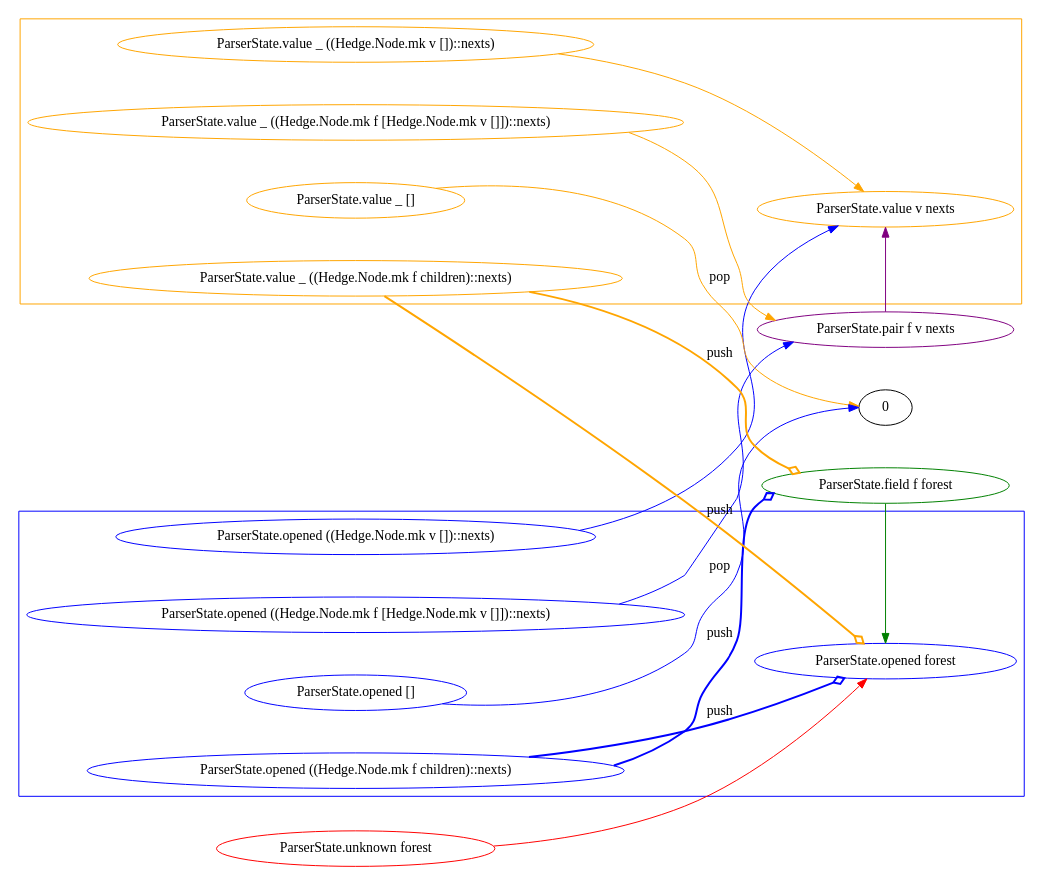
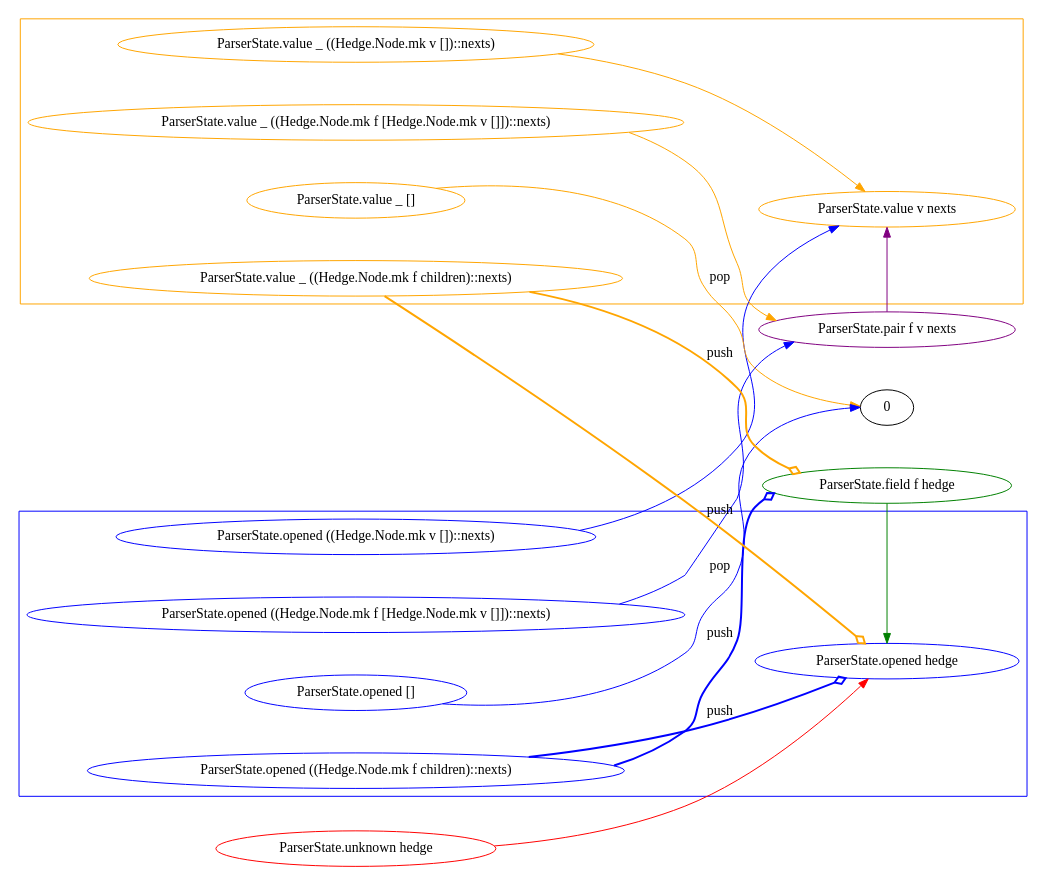
The diagram in Validator/Parser/TreeParser.dot (katydid/validator-lean), drawn with Graphviz before and after one commit. The commit also changed 19 other files, not shown here.

Commit message:
add examples and rename forest to hedge

```diff
--- a/Validator/Parser/TreeParser.dot
+++ b/Validator/Parser/TreeParser.dot
@@ -1,84 +1,84 @@
 // Visualizes the state changes for the ParserState of TreeParser.lean.
 
 digraph {
     rankdir = "LR"
     nodesep=0.6;
 
     // ParserState.opened ((Hedge.Node.mk v [])::nexts) > ParserState.value v nexts
     opened_value [label = "ParserState.opened ((Hedge.Node.mk v [])::nexts)" color="blue"]
     opened_value -> value [color="blue"]
 
     // ParserState.value _ ((Hedge.Node.mk f [Hedge.Node.mk v []])::nexts) > ParserState.pair f v nexts
     value_pair [label = "ParserState.value _ ((Hedge.Node.mk f [Hedge.Node.mk v []])::nexts)" color="orange"]
     pair [label = "ParserState.pair f v nexts" color="purple"]
     value_pair -> pair [color="orange"]
 
     // ParserState.opened ((Hedge.Node.mk f [Hedge.Node.mk v []])::nexts) > ParserState.pair f v nexts
     opened_pair [label = "ParserState.opened ((Hedge.Node.mk f [Hedge.Node.mk v []])::nexts)" color="blue"]
     opened_pair -> pair [color="blue"]
 
     // ParserState.pair _ v nexts > ParserState.value v nexts
     pair -> value [color="purple"]
 
     // ParserState.field _ children > ParserState.opened children
-    field [label = "ParserState.field f forest" color="green"]
+    field [label = "ParserState.field f hedge" color="green"]
     field -> opened [color="green"]
 
     // x + ParserState.value _ [] > x
     value_empty [label = "ParserState.value _ []" color="orange"]
     zero [label = "0" rank="min"]
     value_empty -> zero [label = "pop" color="orange"]
 
     // x + ParserState.opened [] > x
     opened_empty [label = "ParserState.opened []" color="blue"]
     opened_empty -> zero [label = "pop" color="blue"]
 
     // children ≠ []
     // children ≠ [Hedge.Node.mk v []]
     // ParserState.opened ((Hedge.Node.mk f children)::nexts) > ParserState.opened nexts + ParserState.field f children
     opened_other [label = "ParserState.opened ((Hedge.Node.mk f children)::nexts)" color="blue"]
     opened_other -> opened [arrowhead = "odiamond" label="push" style="bold" color="blue"]
     opened_other -> field [arrowhead = "odiamond" label="push" style="bold" color="blue"]
     // ParserState.value _ ((Hedge.Node.mk f children)::nexts) > ParserState.opened nexts + ParserState.field f children
     value_other [label = "ParserState.value _ ((Hedge.Node.mk f children)::nexts)" color="orange"]
     value_other -> opened [arrowhead = "odiamond" label="push" style="bold" color="orange"]
     value_other -> field [arrowhead = "odiamond" label="push" style="bold" color="orange"]
 
     // value -> value_empty [ arrowhead = none ]
     // value -> value_value [ arrowhead = none ]
     // value -> value_pair [ arrowhead = none ]
     // value -> value_other [ arrowhead = none ]
 
     subgraph cluster_value {
         color="orange"
         value
         value_empty
         value_value
         value_pair
         value_other
     }
 
     // opened -> opened_empty [ arrowhead = none ]
     // opened -> opened_value [ arrowhead = none ]
     // opened -> opened_pair [ arrowhead = none ]
     // opened -> opened_other [ arrowhead = none ]
 
     subgraph cluster_opened {
         color="blue"
         opened
         opened_empty
         opened_value
         opened_pair
         opened_other
     }
 
-    // ParserState.unknown forest > ParserState.opened forest
-    unknown [label = "ParserState.unknown forest" rank="max" color="red"]
-    opened [label = "ParserState.opened forest" color="blue"]
+    // ParserState.unknown hedge > ParserState.opened hedge
+    unknown [label = "ParserState.unknown hedge" rank="max" color="red"]
+    opened [label = "ParserState.opened hedge" color="blue"]
     unknown -> opened [color="red"]
 
     // ParserState.value _ ((Hedge.Node.mk v [])::nexts) > ParserState.value v nexts
     value_value [label = "ParserState.value _ ((Hedge.Node.mk v [])::nexts)" color="orange"]
     value [label = "ParserState.value v nexts" color="orange"]
     value_value -> value [color="orange"]
 }
```
